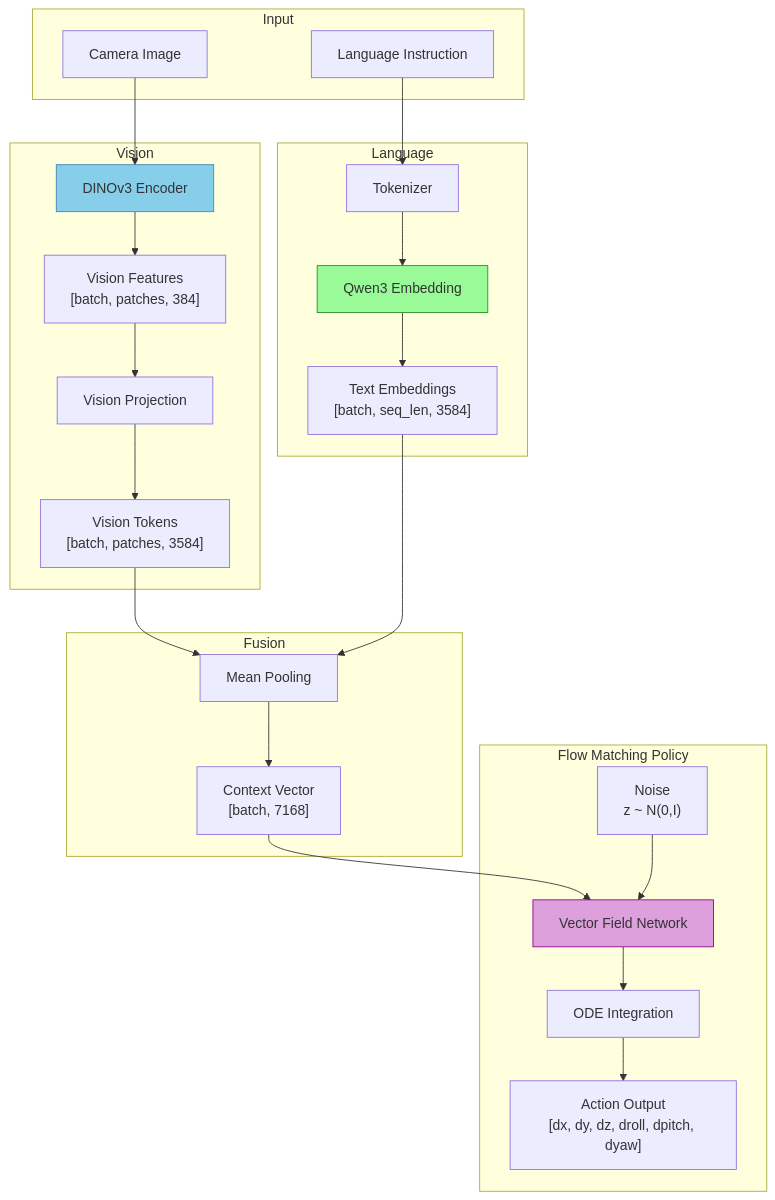
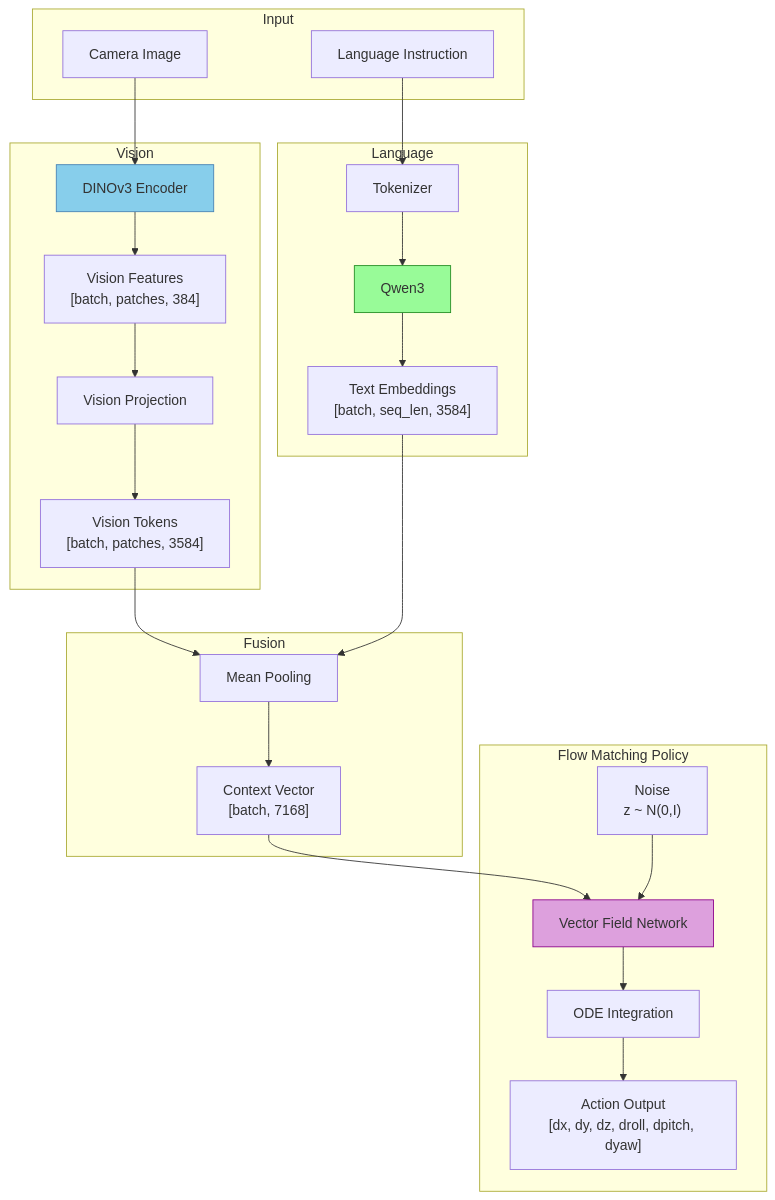
Before and after one commit to hongbo-miao/hongbomiao.com: the diagram in multimodal-model/vision-language-action-model/vision-language-action/README.md, drawn with Mermaid. The commit also changed 15 other files, not shown here.

````diff
--- a/multimodal-model/vision-language-action-model/vision-language-action/README.md
+++ b/multimodal-model/vision-language-action-model/vision-language-action/README.md
@@ -114,53 +114,53 @@
 ```mermaid
 flowchart TB
     subgraph Input
         A[Camera Image]
         B[Language Instruction]
     end
 
     subgraph Vision
         C[DINOv3 Encoder]
         D["Vision Features<br>[batch, patches, 384]"]
         E[Vision Projection]
         F["Vision Tokens<br>[batch, patches, 3584]"]
     end
 
     subgraph Language
         G[Tokenizer]
-        H[Qwen3 Embedding]
+        H[Qwen3]
         I["Text Embeddings<br>[batch, seq_len, 3584]"]
     end
 
     subgraph Fusion
         J[Mean Pooling]
         K["Context Vector<br>[batch, 7168]"]
     end
 
     subgraph Policy["Flow Matching Policy"]
         L["Noise<br>z ~ N(0,I)"]
         M[Vector Field Network]
         N[ODE Integration]
         O["Action Output<br>[dx, dy, dz, droll, dpitch, dyaw]"]
     end
 
     A --> C
     C --> D
     D --> E
     E --> F
     F --> J
 
     B --> G
     G --> H
     H --> I
     I --> J
 
     J --> K
     K --> M
     L --> M
     M --> N
     N --> O
 
     style C fill:#87CEEB,stroke:#4682B4
     style H fill:#98FB98,stroke:#228B22
     style M fill:#DDA0DD,stroke:#8B008B
 ```
````
